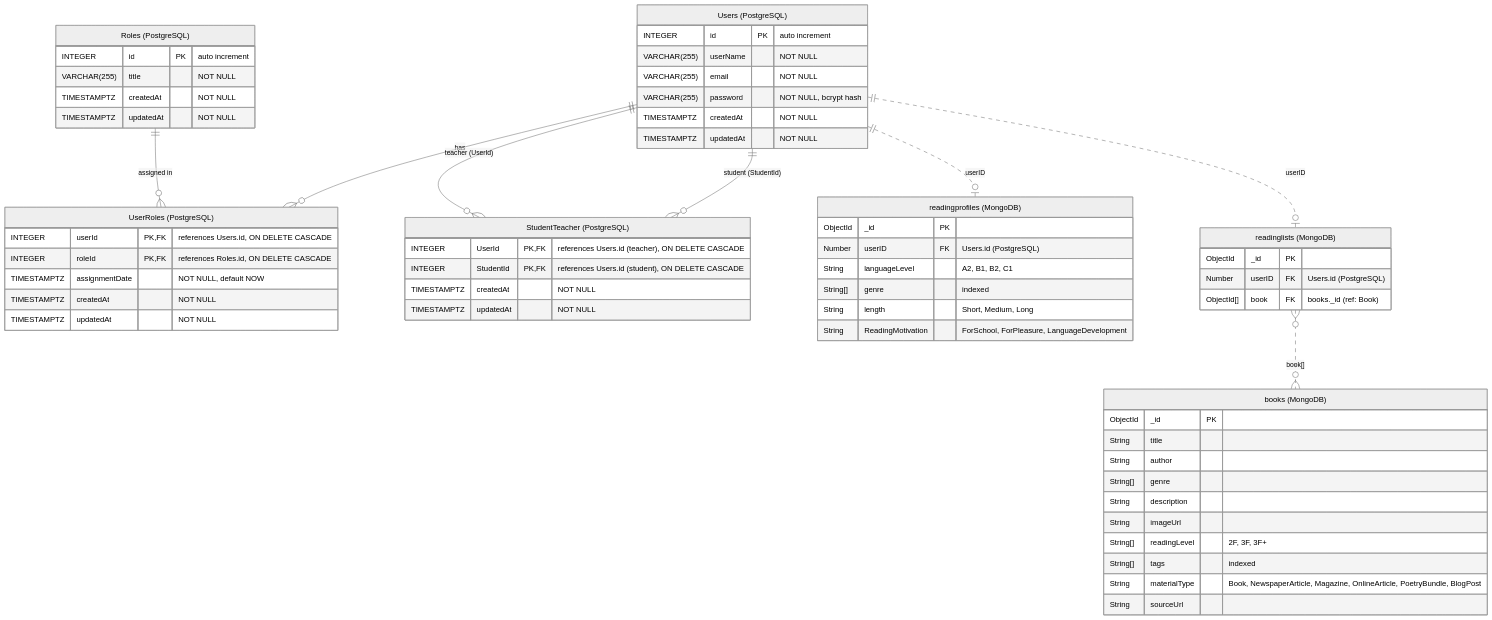
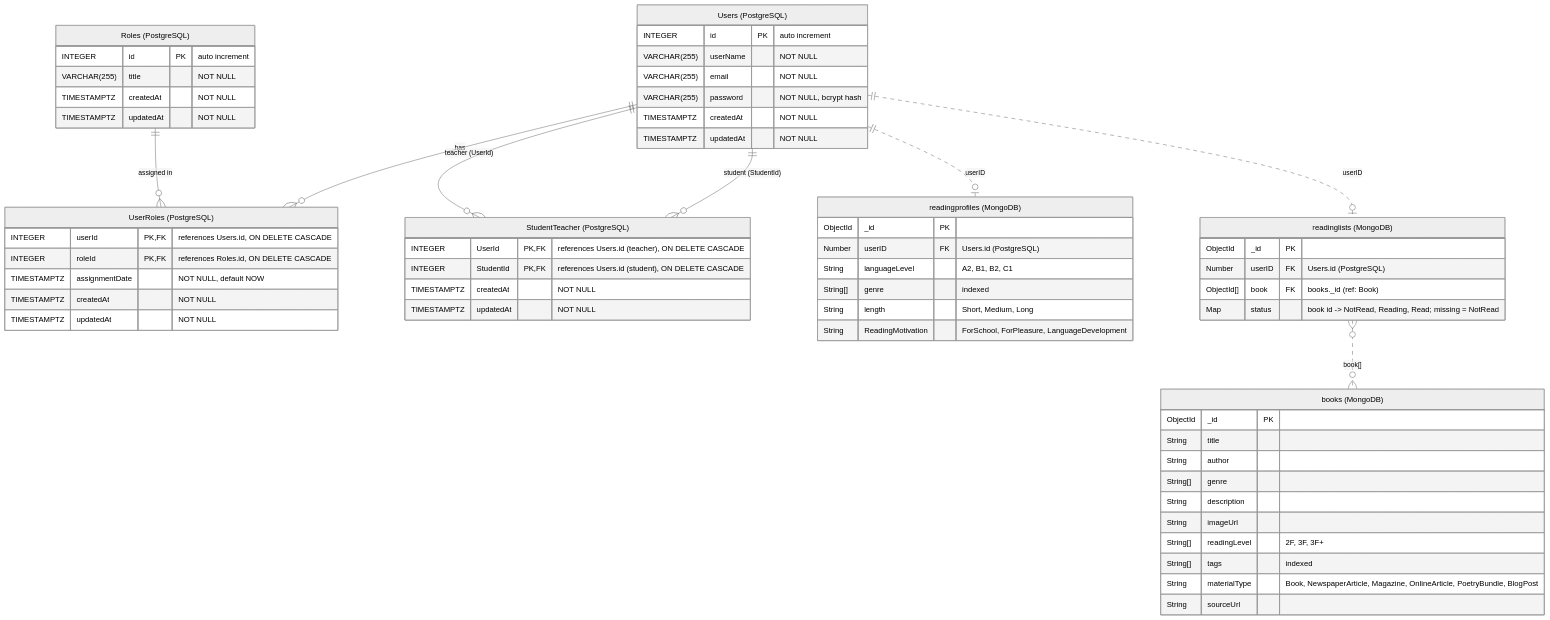
Before and after one commit to hamid1103/book-back-end: the diagram in docs/ERD.md, drawn with Mermaid (neutral theme). The commit also changed other lines of this file and 12 other files, not shown here.

````diff
--- a/docs/ERD.md
+++ b/docs/ERD.md
@@ -11,63 +11,64 @@
 ```mermaid
 erDiagram
     Users ||--o{ UserRoles : "has"
     Roles ||--o{ UserRoles : "assigned in"
     Users ||--o{ StudentTeacher : "teacher (UserId)"
     Users ||--o{ StudentTeacher : "student (StudentId)"
     Users ||..o| readingprofiles : "userID"
     Users ||..o| readinglists : "userID"
     readinglists }o..o{ books : "book[]"
 
     Users["Users (PostgreSQL)"] {
         INTEGER id PK "auto increment"
         VARCHAR(255) userName "NOT NULL"
         VARCHAR(255) email "NOT NULL"
         VARCHAR(255) password "NOT NULL, bcrypt hash"
         TIMESTAMPTZ createdAt "NOT NULL"
         TIMESTAMPTZ updatedAt "NOT NULL"
     }
     Roles["Roles (PostgreSQL)"] {
         INTEGER id PK "auto increment"
         VARCHAR(255) title "NOT NULL"
         TIMESTAMPTZ createdAt "NOT NULL"
         TIMESTAMPTZ updatedAt "NOT NULL"
     }
     UserRoles["UserRoles (PostgreSQL)"] {
         INTEGER userId PK, FK "references Users.id, ON DELETE CASCADE"
         INTEGER roleId PK, FK "references Roles.id, ON DELETE CASCADE"
         TIMESTAMPTZ assignmentDate "NOT NULL, default NOW"
         TIMESTAMPTZ createdAt "NOT NULL"
         TIMESTAMPTZ updatedAt "NOT NULL"
     }
     StudentTeacher["StudentTeacher (PostgreSQL)"] {
         INTEGER UserId PK, FK "references Users.id (teacher), ON DELETE CASCADE"
         INTEGER StudentId PK, FK "references Users.id (student), ON DELETE CASCADE"
         TIMESTAMPTZ createdAt "NOT NULL"
         TIMESTAMPTZ updatedAt "NOT NULL"
     }
     books["books (MongoDB)"] {
         ObjectId _id PK
         String title
         String author
         String[] genre
         String description
         String imageUrl
         String[] readingLevel "2F, 3F, 3F+"
         String[] tags "indexed"
         String materialType "Book, NewspaperArticle, Magazine, OnlineArticle, PoetryBundle, BlogPost"
         String sourceUrl
     }
     readinglists["readinglists (MongoDB)"] {
         ObjectId _id PK
         Number userID FK "Users.id (PostgreSQL)"
         ObjectId[] book FK "books._id (ref: Book)"
+        Map status "book id -> NotRead, Reading, Read; missing = NotRead"
     }
     readingprofiles["readingprofiles (MongoDB)"] {
         ObjectId _id PK
         Number userID FK "Users.id (PostgreSQL)"
         String languageLevel "A2, B1, B2, C1"
         String[] genre "indexed"
         String length "Short, Medium, Long"
         String ReadingMotivation "ForSchool, ForPleasure, LanguageDevelopment"
     }
 ```
````
